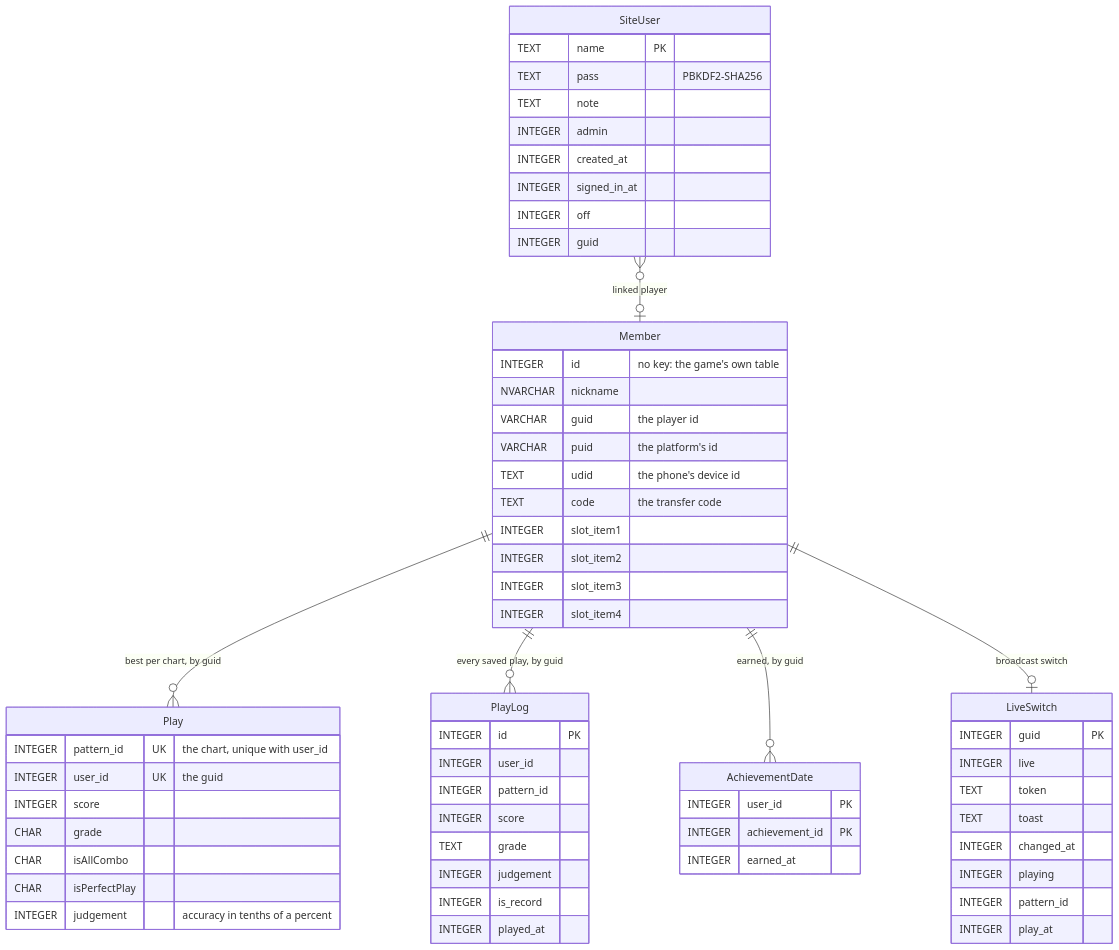
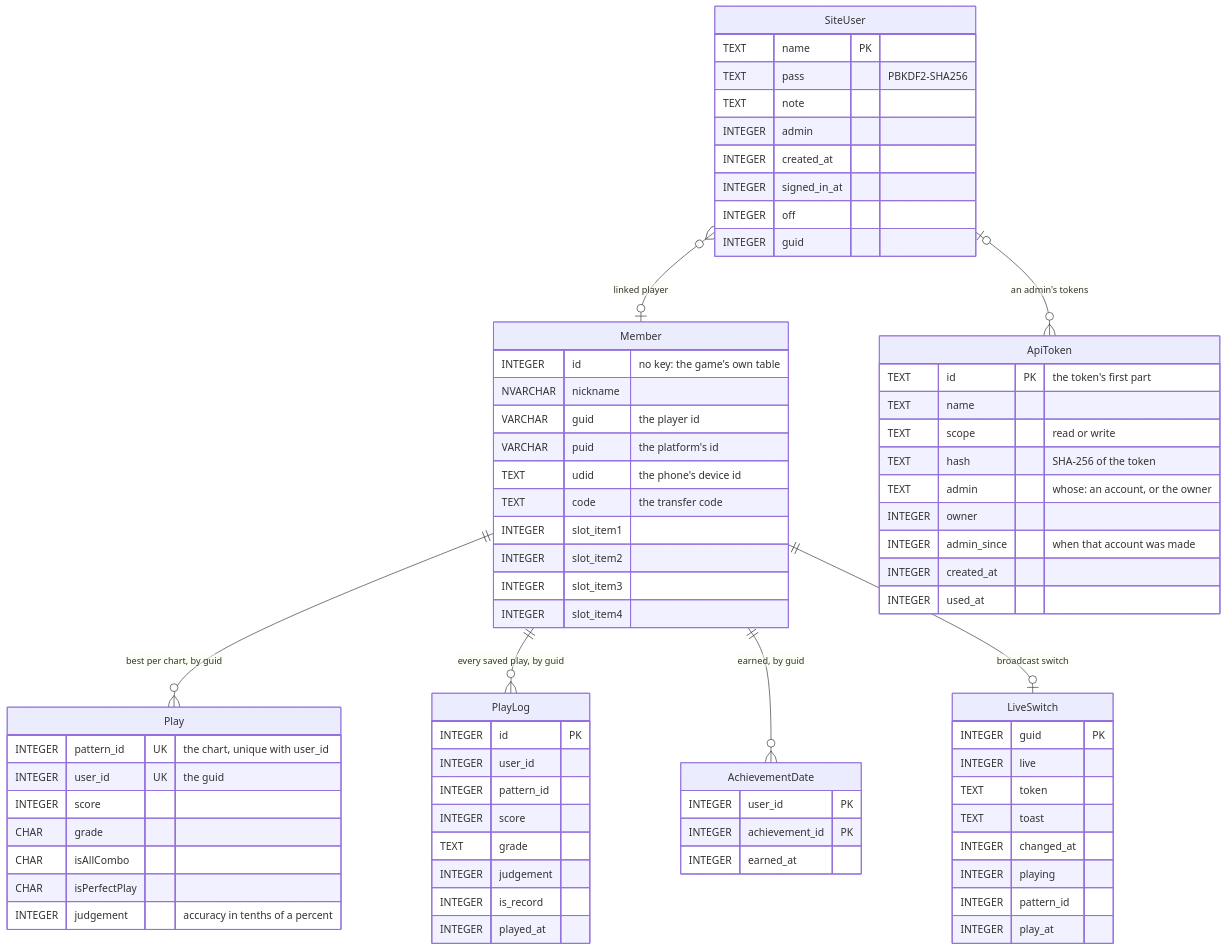
The diagram in docs/architecture.md (kanggu12/openDMTQ), drawn with Mermaid before and after one commit. The commit also changed other lines of this file and 10 other files, not shown here.

Commit message:
The API's guide and reference, docs/api.md, and the docs that describe the admin pages point to it

````diff
--- a/docs/architecture.md
+++ b/docs/architecture.md
@@ -254,64 +255,76 @@
 ```mermaid
 erDiagram
   Member ||--o{ Play : "best per chart, by guid"
   Member ||--o{ PlayLog : "every saved play, by guid"
   Member ||--o{ AchievementDate : "earned, by guid"
   Member ||--o| LiveSwitch : "broadcast switch"
   SiteUser }o--o| Member : "linked player"
+  SiteUser |o--o{ ApiToken : "an admin's tokens"
   Member {
     INTEGER id "no key: the game's own table"
     NVARCHAR nickname
     VARCHAR guid "the player id"
     VARCHAR puid "the platform's id"
     TEXT udid "the phone's device id"
     TEXT code "the transfer code"
     INTEGER slot_item1
     INTEGER slot_item2
     INTEGER slot_item3
     INTEGER slot_item4
   }
   Play {
     INTEGER pattern_id UK "the chart, unique with user_id"
     INTEGER user_id UK "the guid"
     INTEGER score
     CHAR grade
     CHAR isAllCombo
     CHAR isPerfectPlay
     INTEGER judgement "accuracy in tenths of a percent"
   }
   PlayLog {
     INTEGER id PK
     INTEGER user_id
     INTEGER pattern_id
     INTEGER score
     TEXT grade
     INTEGER judgement
     INTEGER is_record
     INTEGER played_at
   }
   AchievementDate {
     INTEGER user_id PK
     INTEGER achievement_id PK
     INTEGER earned_at
   }
   LiveSwitch {
     INTEGER guid PK
     INTEGER live
     TEXT token
     TEXT toast
     INTEGER changed_at
     INTEGER playing
     INTEGER pattern_id
     INTEGER play_at
   }
   SiteUser {
     TEXT name PK
     TEXT pass "PBKDF2-SHA256"
     TEXT note
     INTEGER admin
     INTEGER created_at
     INTEGER signed_in_at
     INTEGER off
     INTEGER guid
   }
+  ApiToken {
+    TEXT id PK "the token's first part"
+    TEXT name
+    TEXT scope "read or write"
+    TEXT hash "SHA-256 of the token"
+    TEXT admin "whose: an account, or the owner"
+    INTEGER owner
+    INTEGER admin_since "when that account was made"
+    INTEGER created_at
+    INTEGER used_at
+  }
 ```
````
